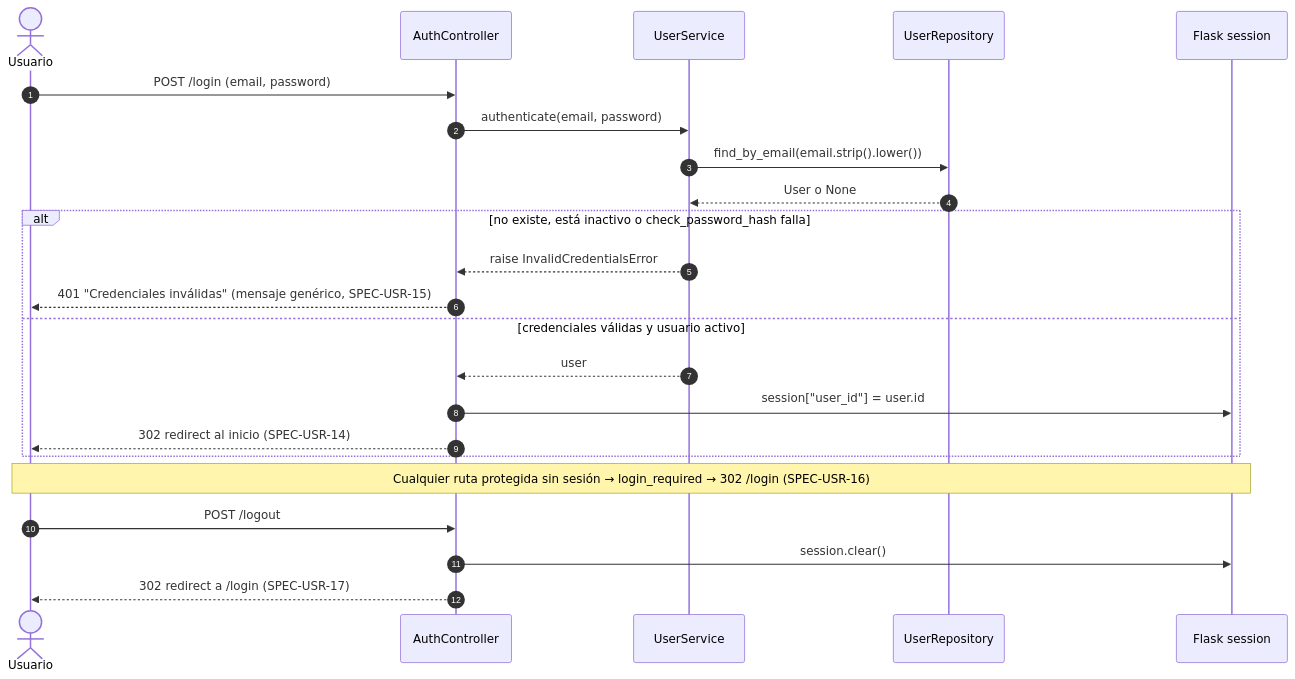
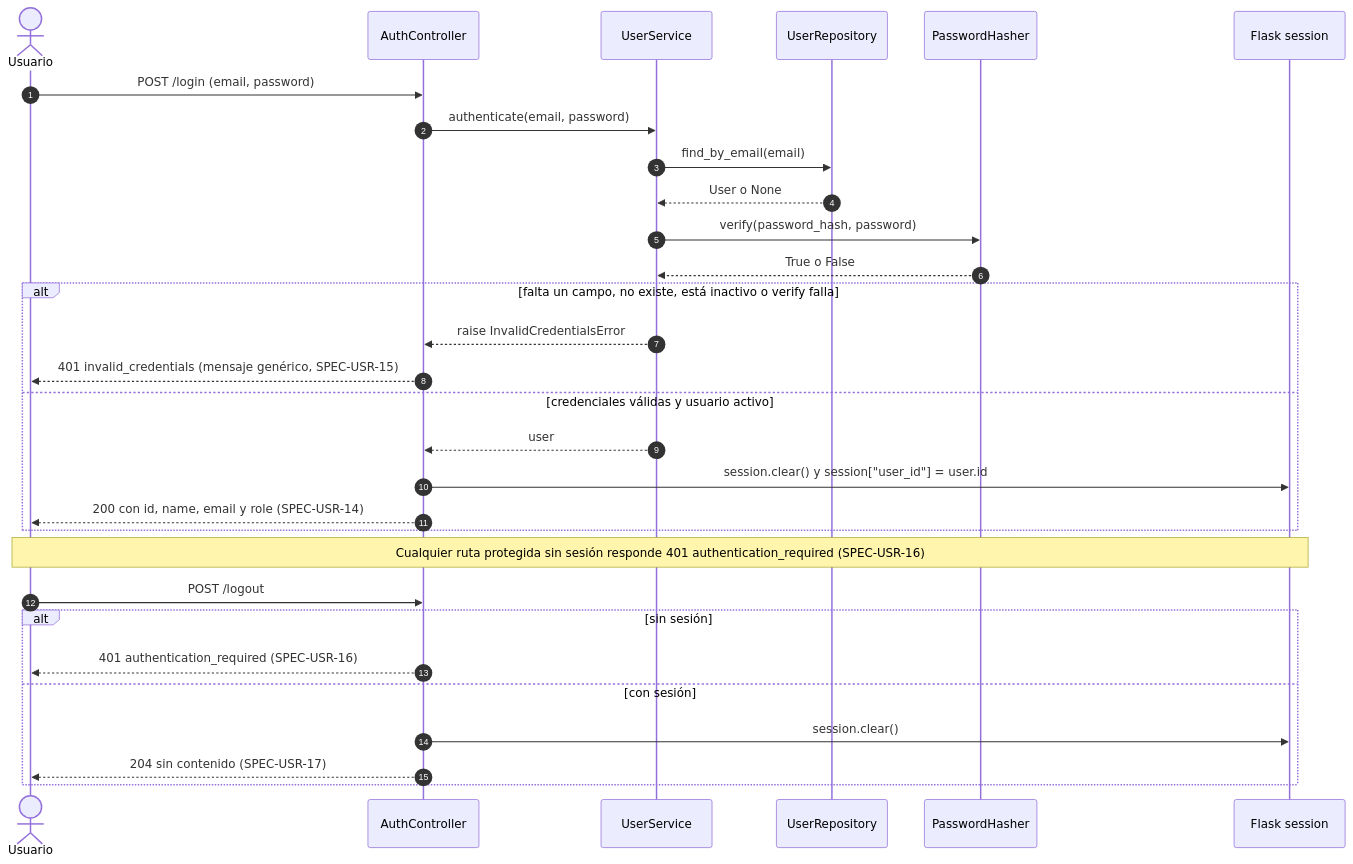
The second of 4 diagrams in diagrams/sequences/01-users.md (Diazfe-dev/AyED-III-python-ticket-service), drawn with Mermaid before and after one commit. The commit also changed other lines of this file and 7 other files, not shown here.

````diff
--- a/diagrams/sequences/01-users.md
+++ b/diagrams/sequences/01-users.md
@@ -49,28 +57,35 @@
 ```mermaid
 sequenceDiagram
     autonumber
     actor U as Usuario
     participant AC as AuthController
     participant US as UserService
     participant UR as UserRepository
+    participant H as PasswordHasher
     participant S as Flask session
 
     U->>AC: POST /login (email, password)
     AC->>US: authenticate(email, password)
-    US->>UR: find_by_email(email.strip().lower())
+    US->>UR: find_by_email(email)
     UR-->>US: User o None
-    alt no existe, está inactivo o check_password_hash falla
+    US->>H: verify(password_hash, password)
+    H-->>US: True o False
+    alt falta un campo, no existe, está inactivo o verify falla
         US-->>AC: raise InvalidCredentialsError
-        AC-->>U: 401 "Credenciales inválidas" (mensaje genérico, SPEC-USR-15)
+        AC-->>U: 401 invalid_credentials (mensaje genérico, SPEC-USR-15)
     else credenciales válidas y usuario activo
         US-->>AC: user
-        AC->>S: session["user_id"] = user.id
-        AC-->>U: 302 redirect al inicio (SPEC-USR-14)
+        AC->>S: session.clear() y session["user_id"] = user.id
+        AC-->>U: 200 con id, name, email y role (SPEC-USR-14)
     end
 
-    Note over U,S: Cualquier ruta protegida sin sesión → login_required → 302 /login (SPEC-USR-16)
+    Note over U,S: Cualquier ruta protegida sin sesión responde 401 authentication_required (SPEC-USR-16)
 
     U->>AC: POST /logout
-    AC->>S: session.clear()
-    AC-->>U: 302 redirect a /login (SPEC-USR-17)
+    alt sin sesión
+        AC-->>U: 401 authentication_required (SPEC-USR-16)
+    else con sesión
+        AC->>S: session.clear()
+        AC-->>U: 204 sin contenido (SPEC-USR-17)
+    end
 ```
````
